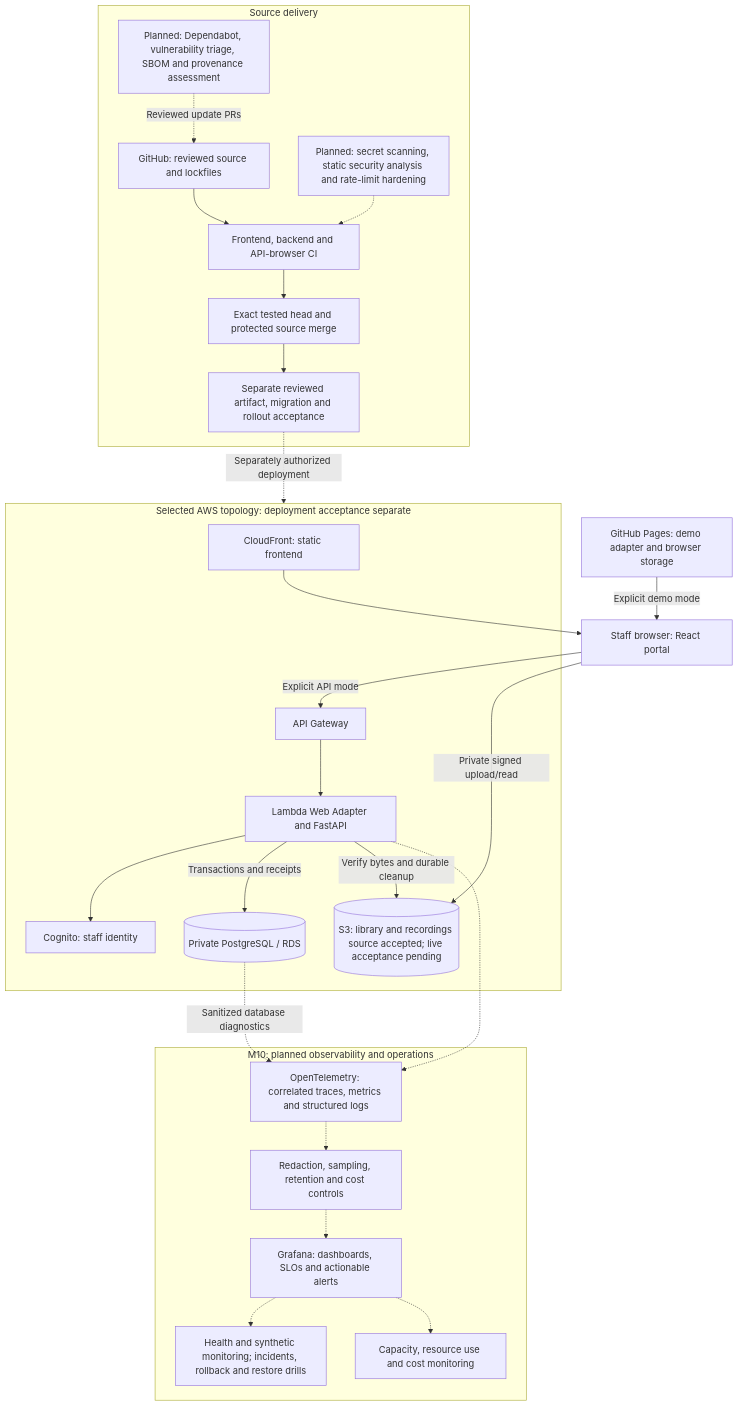
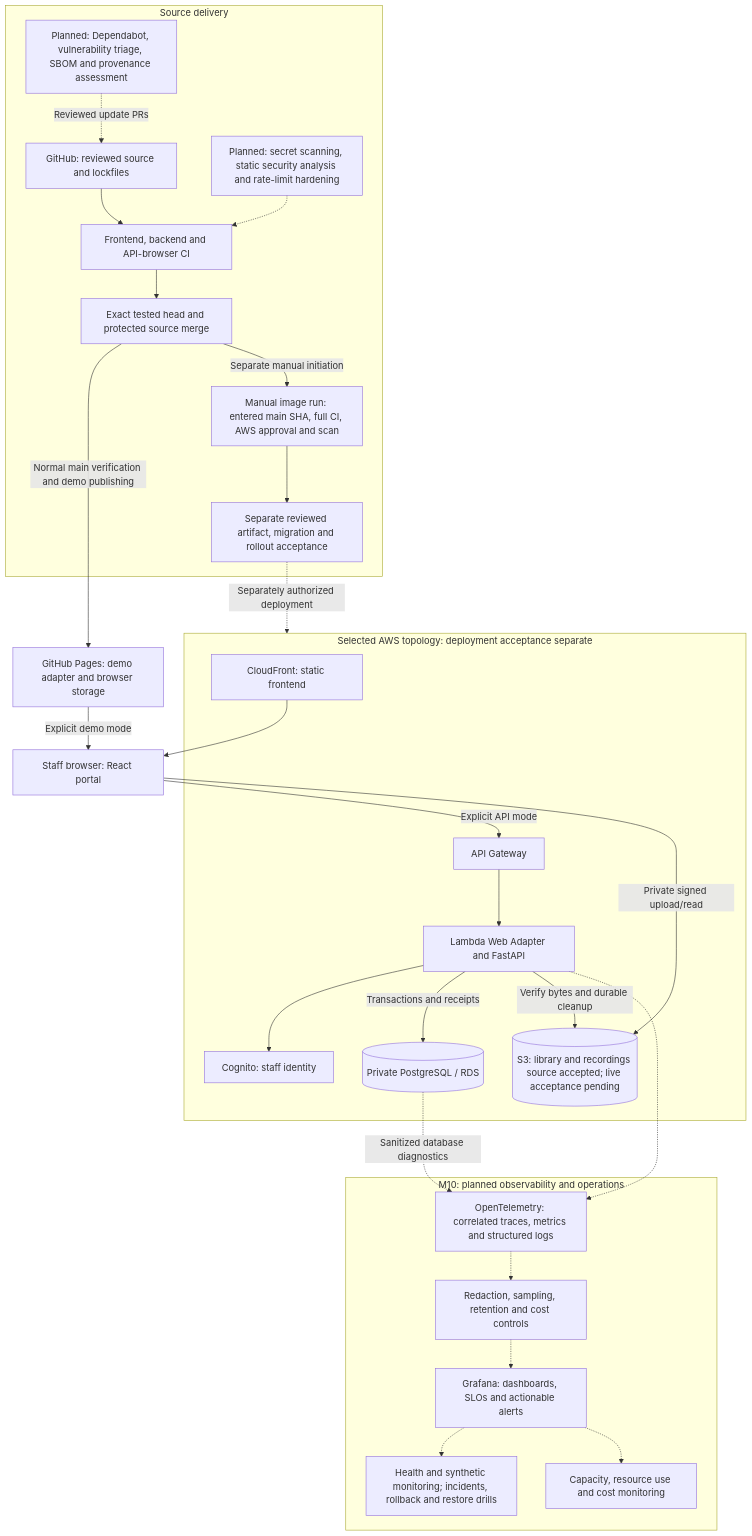
One commit to LimYouSheng/FitfinityReact changed the first of 3 diagrams in docs/Architecture/diagram.md. Above: the diagram before and after it, drawn with Mermaid. The commit also changed 13 other files, not shown here.

Commit message:
Require manual exact-source image publication outside demo verification

````diff
--- a/docs/Architecture/diagram.md
+++ b/docs/Architecture/diagram.md
@@ -9,45 +9,48 @@
 ```mermaid
 flowchart TB
   Staff["Staff browser: React portal"]
   Pages["GitHub Pages: demo adapter and browser storage"]
   subgraph AWS["Selected AWS topology: deployment acceptance separate"]
     Assets["CloudFront: static frontend"]
     Gateway["API Gateway"]
     App["Lambda Web Adapter and FastAPI"]
     Identity["Cognito: staff identity"]
     DB[("Private PostgreSQL / RDS")]
     Media[("S3: library and recordings source accepted; live acceptance pending")]
   end
   subgraph Delivery["Source delivery"]
     Repo["GitHub: reviewed source and lockfiles"]
     CI["Frontend, backend and API-browser CI"]
     Merge["Exact tested head and protected source merge"]
+    Image["Manual image run: entered main SHA, full CI, AWS approval and scan"]
     Release["Separate reviewed artifact, migration and rollout acceptance"]
     Supply["Planned: Dependabot, vulnerability triage, SBOM and provenance assessment"]
     Security["Planned: secret scanning, static security analysis and rate-limit hardening"]
   end
   subgraph Operations["M10: planned observability and operations"]
     OTel["OpenTelemetry: correlated traces, metrics and structured logs"]
     Privacy["Redaction, sampling, retention and cost controls"]
     Grafana["Grafana: dashboards, SLOs and actionable alerts"]
     Ops["Health and synthetic monitoring; incidents, rollback and restore drills"]
     Capacity["Capacity, resource use and cost monitoring"]
   end
   Assets --> Staff
   Pages -->|"Explicit demo mode"| Staff
   Staff -->|"Explicit API mode"| Gateway
   Gateway --> App
   App --> Identity
   App -->|"Transactions and receipts"| DB
   Staff -->|"Private signed upload/read"| Media
   App -->|"Verify bytes and durable cleanup"| Media
-  Repo --> CI --> Merge --> Release
+  Repo --> CI --> Merge
+  Merge -->|"Normal main verification and demo publishing"| Pages
+  Merge -->|"Separate manual initiation"| Image --> Release
   Release -.->|"Separately authorized deployment"| AWS
   Supply -.->|"Reviewed update PRs"| Repo
   Security -.-> CI
   App -.-> OTel
   DB -.->|"Sanitized database diagnostics"| OTel
   OTel -.-> Privacy -.-> Grafana
   Grafana -.-> Ops
   Grafana -.-> Capacity
 ```
````
